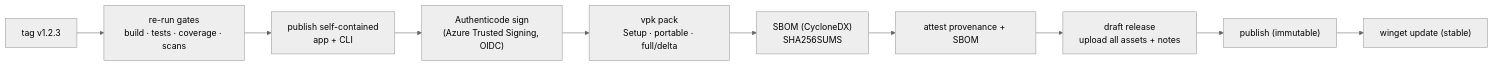
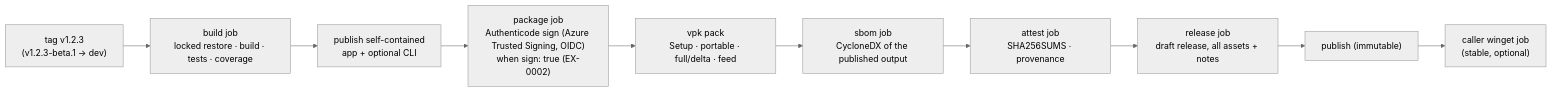
One commit to KofTwentyTwo/standards changed the second of 2 diagrams in architecture/windows-desktop-app.md. Above: the diagram before and after it, drawn with Mermaid (neutral theme). The commit also changed other lines of this file and 5 other files, not shown here.

````diff
--- a/architecture/windows-desktop-app.md
+++ b/architecture/windows-desktop-app.md
@@ -107,12 +107,12 @@
 ```mermaid
 flowchart LR
-    tag["tag v1.2.3"] --> gates["re-run gates<br/>build · tests · coverage · scans"]
-    gates --> publish["publish self-contained<br/>app + CLI"]
-    publish --> sign["Authenticode sign<br/>(Azure Trusted Signing, OIDC)"]
-    sign --> pack["vpk pack<br/>Setup · portable · full/delta"]
-    pack --> sbom["SBOM (CycloneDX)<br/>SHA256SUMS"]
-    sbom --> attest["attest provenance + SBOM"]
-    attest --> draft["draft release<br/>upload all assets + notes"]
+    tag["tag v1.2.3<br/>(v1.2.3-beta.1 → dev)"] --> gates["build job<br/>locked restore · build · tests · coverage"]
+    gates --> publish["publish self-contained<br/>app + optional CLI"]
+    publish --> sign["package job<br/>Authenticode sign (Azure Trusted Signing, OIDC)<br/>when sign: true (EX-0002)"]
+    sign --> pack["vpk pack<br/>Setup · portable · full/delta · feed"]
+    pack --> sbom["sbom job<br/>CycloneDX of the published output"]
+    sbom --> attest["attest job<br/>SHA256SUMS · provenance"]
+    attest --> draft["release job<br/>draft release, all assets + notes"]
     draft --> pub["publish (immutable)"]
-    pub --> winget["winget update (stable)"]
+    pub --> winget["caller winget job<br/>(stable, optional)"]
 ```
````
